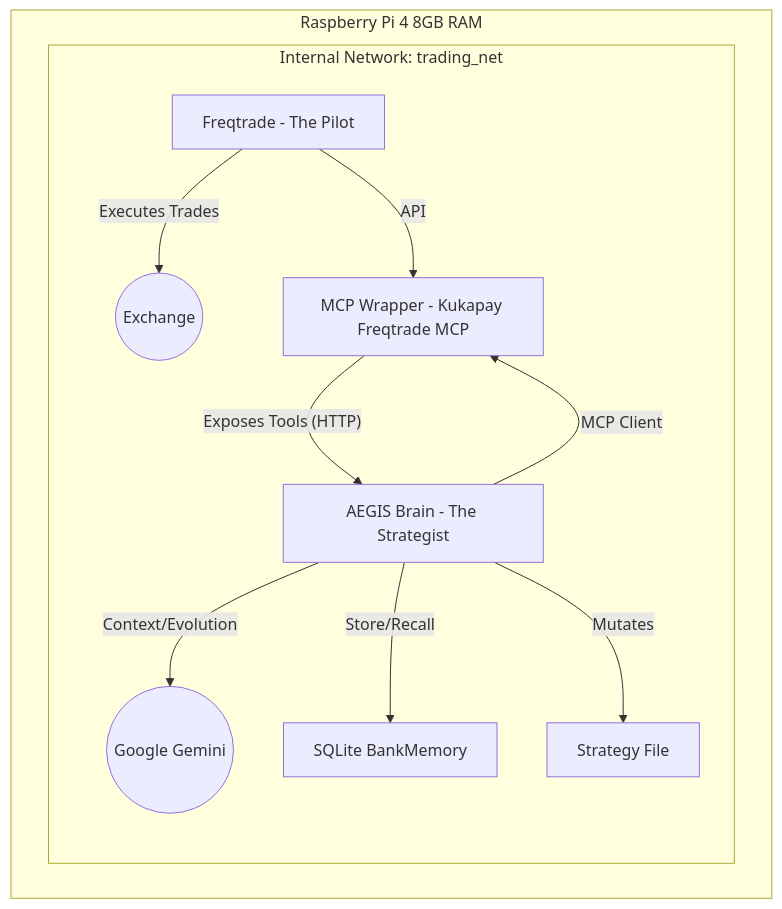
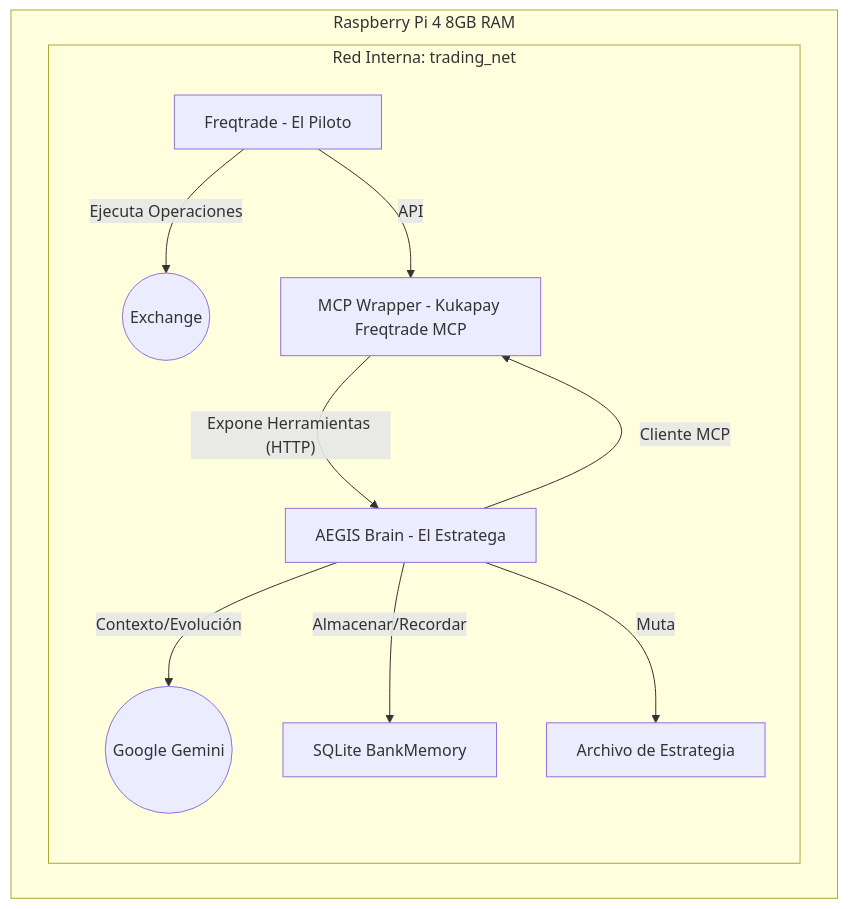
Before and after one commit to Fernando1612/project_aegis: the diagram in README.md, drawn with Mermaid. The commit also changed other lines of this file and 1 other file, not shown here.

````diff
--- a/README.md
+++ b/README.md
@@ -9,14 +11,14 @@
 ```mermaid
 graph TD
     subgraph Hardware [Raspberry Pi 4 8GB RAM]
-        subgraph Docker_Network [Internal Network: trading_net]
-            Pilot[Freqtrade - The Pilot] -- "Executes Trades" --> Exchange((Exchange))
+        subgraph Docker_Network [Red Interna: trading_net]
+            Pilot[Freqtrade - El Piloto] -- "Ejecuta Operaciones" --> Exchange((Exchange))
             Pilot -- "API" --> Bridge
-            Bridge[MCP Wrapper - Kukapay Freqtrade MCP] -- "Exposes Tools (HTTP)" --> Strategist
-            Strategist[AEGIS Brain - The Strategist] -- "MCP Client" --> Bridge
-            Strategist -- "Context/Evolution" --> Gemini((Google Gemini))
-            Strategist -- "Store/Recall" --> Memory[SQLite BankMemory]
-            Strategist -- "Mutates" --> PilotStrategy[Strategy File]
+            Bridge[MCP Wrapper - Kukapay Freqtrade MCP] -- "Expone Herramientas (HTTP)" --> Strategist
+            Strategist[AEGIS Brain - El Estratega] -- "Cliente MCP" --> Bridge
+            Strategist -- "Contexto/Evolución" --> Gemini((Google Gemini))
+            Strategist -- "Almacenar/Recordar" --> Memory[SQLite BankMemory]
+            Strategist -- "Muta" --> PilotStrategy[Archivo de Estrategia]
         end
     end
 ```
````
